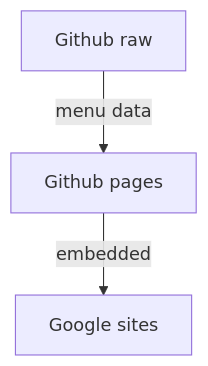
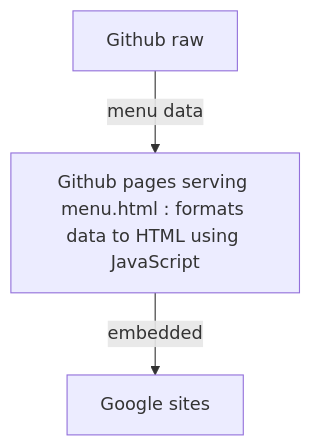
Before and after one commit to simon-ameye/brume-menu: the diagram in README.md, drawn with Mermaid.

````diff
--- a/README.md
+++ b/README.md
@@ -23,5 +23,5 @@
 ```mermaid
 	graph TD
-		A[Github pages] -->|embedded| B[Google sites]
+		A[Github pages serving menu.html : formats data to HTML using JavaScript] -->|embedded| B[Google sites]
 		C[Github raw] -->|menu data| A
 ```
````
